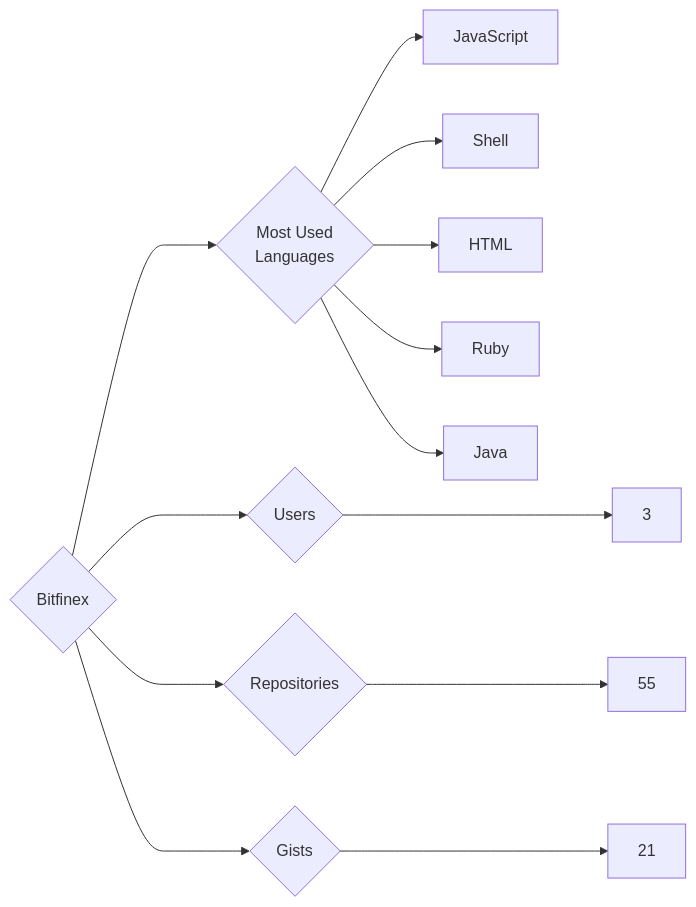
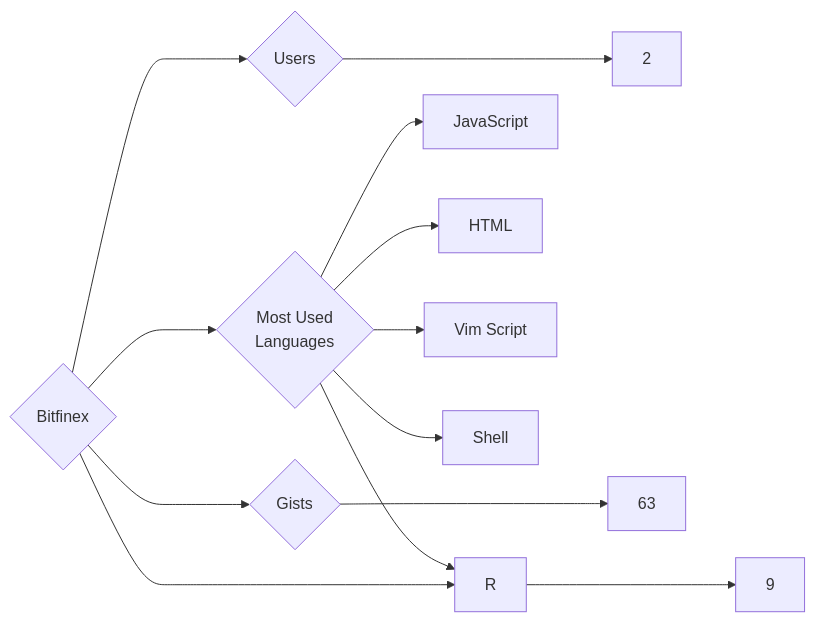
The diagram in targets/Bitfinex/README.md (trickest/insiders), drawn with Mermaid before and after one commit. The commit also changed 997 other files, not shown here.

````diff
--- a/targets/Bitfinex/README.md
+++ b/targets/Bitfinex/README.md
@@ -3,13 +3,13 @@
 ```mermaid
 graph LR
 COMPANY_NAME{Bitfinex}
-COMPANY_NAME ---> U{Users} ---> UN[3]
-COMPANY_NAME ---> R{Repositories} ---> RN[55]
-COMPANY_NAME ---> G{Gists} ---> GN[21]
+COMPANY_NAME ---> U{Users} ---> UN[2]
+COMPANY_NAME ---> R{Repositories} ---> RN[9]
+COMPANY_NAME ---> G{Gists} ---> GN[63]
 COMPANY_NAME ---> ML{Most Used<br>Languages}
 ML --> JavaScript[JavaScript]
+ML --> HTML[HTML]
+ML --> Vim_Script[Vim Script]
 ML --> Shell[Shell]
-ML --> HTML[HTML]
-ML --> Ruby[Ruby]
-ML --> Java[Java]
+ML --> R[R]
 ```
````
